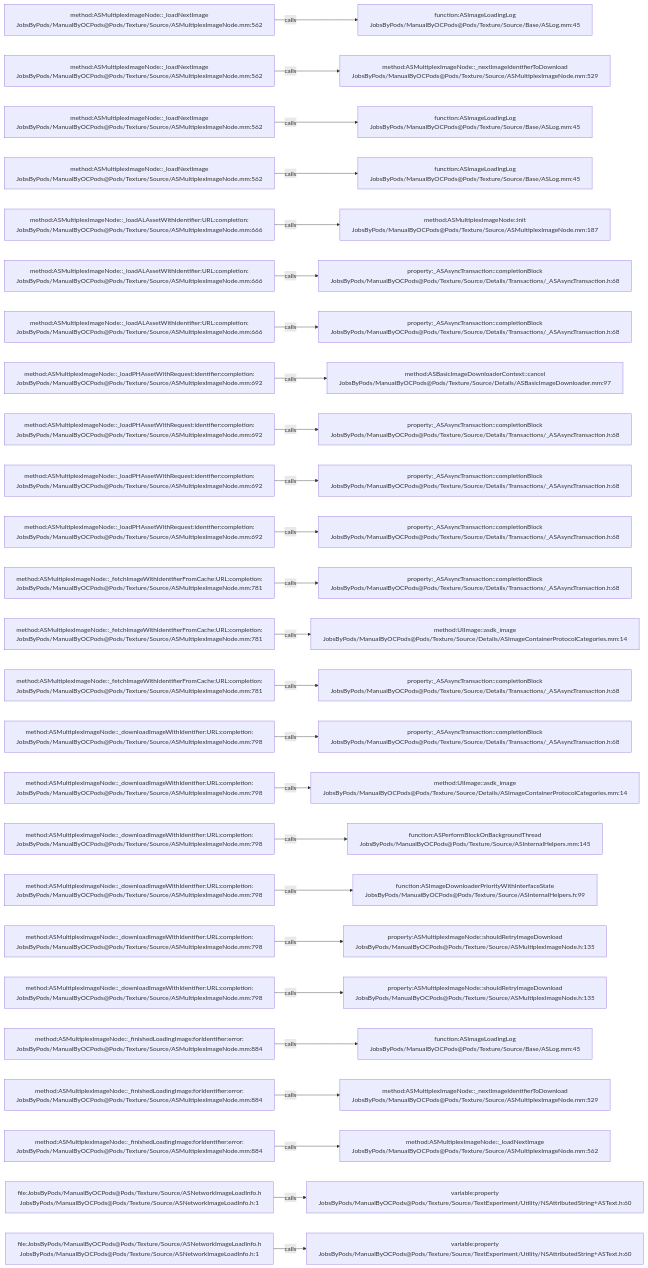
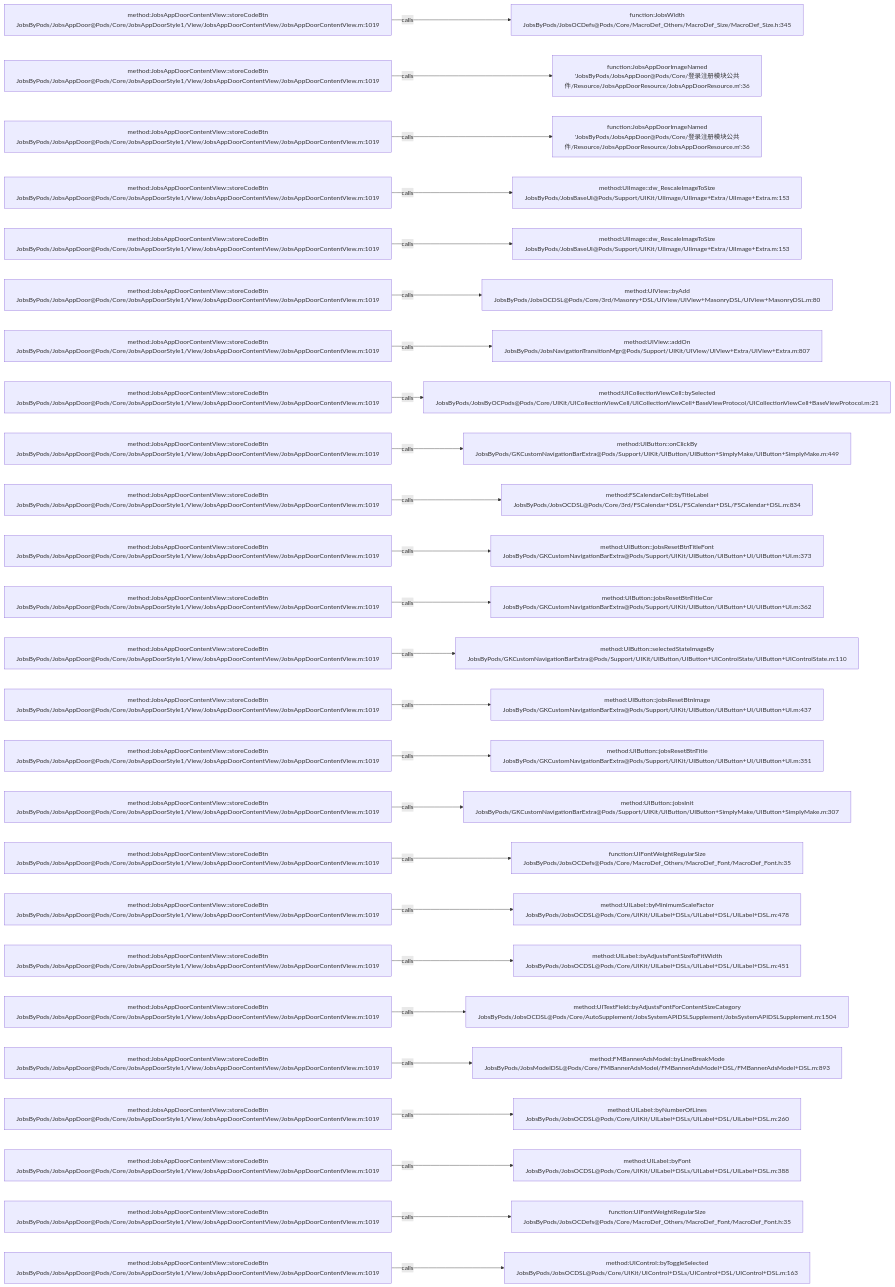
One commit to JobsKits/JobsOCBaseConfigDemo changed the diagram in .codegraph/codegraph.md/graphs/calls-101.md. Above: the diagram before and after it, drawn with Mermaid. The commit also changed 768 other files, not shown here.

````diff
--- a/.codegraph/codegraph.md/graphs/calls-101.md
+++ b/.codegraph/codegraph.md/graphs/calls-101.md
@@ -13,78 +13,78 @@
 ```mermaid
 flowchart LR
-  S1["method:ASMultiplexImageNode::_loadNextImage<br/>JobsByPods/ManualByOCPods@Pods/Texture/Source/ASMultiplexImageNode.mm:562"]
-  T1["function:ASImageLoadingLog<br/>JobsByPods/ManualByOCPods@Pods/Texture/Source/Base/ASLog.mm:45"]
+  S1["method:JobsAppDoorContentView::storeCodeBtn<br/>JobsByPods/JobsAppDoor@Pods/Core/JobsAppDoorStyle1/View/JobsAppDoorContentView/JobsAppDoorContentView.m:1019"]
+  T1["function:JobsWidth<br/>JobsByPods/JobsOCDefs@Pods/Core/MacroDef_Others/MacroDef_Size/MacroDef_Size.h:345"]
   S1 -->|calls| T1
-  S2["method:ASMultiplexImageNode::_loadNextImage<br/>JobsByPods/ManualByOCPods@Pods/Texture/Source/ASMultiplexImageNode.mm:562"]
-  T2["method:ASMultiplexImageNode::_nextImageIdentifierToDownload<br/>JobsByPods/ManualByOCPods@Pods/Texture/Source/ASMultiplexImageNode.mm:529"]
+  S2["method:JobsAppDoorContentView::storeCodeBtn<br/>JobsByPods/JobsAppDoor@Pods/Core/JobsAppDoorStyle1/View/JobsAppDoorContentView/JobsAppDoorContentView.m:1019"]
+  T2["function:JobsAppDoorImageNamed<br/>'JobsByPods/JobsAppDoor@Pods/Core/登录注册模块公共件/Resource/JobsAppDoorResource/JobsAppDoorResource.m':36"]
   S2 -->|calls| T2
-  S3["method:ASMultiplexImageNode::_loadNextImage<br/>JobsByPods/ManualByOCPods@Pods/Texture/Source/ASMultiplexImageNode.mm:562"]
-  T3["function:ASImageLoadingLog<br/>JobsByPods/ManualByOCPods@Pods/Texture/Source/Base/ASLog.mm:45"]
+  S3["method:JobsAppDoorContentView::storeCodeBtn<br/>JobsByPods/JobsAppDoor@Pods/Core/JobsAppDoorStyle1/View/JobsAppDoorContentView/JobsAppDoorContentView.m:1019"]
+  T3["function:JobsAppDoorImageNamed<br/>'JobsByPods/JobsAppDoor@Pods/Core/登录注册模块公共件/Resource/JobsAppDoorResource/JobsAppDoorResource.m':36"]
   S3 -->|calls| T3
-  S4["method:ASMultiplexImageNode::_loadNextImage<br/>JobsByPods/ManualByOCPods@Pods/Texture/Source/ASMultiplexImageNode.mm:562"]
-  T4["function:ASImageLoadingLog<br/>JobsByPods/ManualByOCPods@Pods/Texture/Source/Base/ASLog.mm:45"]
+  S4["method:JobsAppDoorContentView::storeCodeBtn<br/>JobsByPods/JobsAppDoor@Pods/Core/JobsAppDoorStyle1/View/JobsAppDoorContentView/JobsAppDoorContentView.m:1019"]
+  T4["method:UIImage::dw_RescaleImageToSize<br/>JobsByPods/JobsBaseUI@Pods/Support/UIKit/UIImage/UIImage+Extra/UIImage+Extra.m:153"]
   S4 -->|calls| T4
-  S5["method:ASMultiplexImageNode::_loadALAssetWithIdentifier:URL:completion:<br/>JobsByPods/ManualByOCPods@Pods/Texture/Source/ASMultiplexImageNode.mm:666"]
-  T5["method:ASMultiplexImageNode::init<br/>JobsByPods/ManualByOCPods@Pods/Texture/Source/ASMultiplexImageNode.mm:187"]
+  S5["method:JobsAppDoorContentView::storeCodeBtn<br/>JobsByPods/JobsAppDoor@Pods/Core/JobsAppDoorStyle1/View/JobsAppDoorContentView/JobsAppDoorContentView.m:1019"]
+  T5["method:UIImage::dw_RescaleImageToSize<br/>JobsByPods/JobsBaseUI@Pods/Support/UIKit/UIImage/UIImage+Extra/UIImage+Extra.m:153"]
   S5 -->|calls| T5
-  S6["method:ASMultiplexImageNode::_loadALAssetWithIdentifier:URL:completion:<br/>JobsByPods/ManualByOCPods@Pods/Texture/Source/ASMultiplexImageNode.mm:666"]
-  T6["property:_ASAsyncTransaction::completionBlock<br/>JobsByPods/ManualByOCPods@Pods/Texture/Source/Details/Transactions/_ASAsyncTransaction.h:68"]
+  S6["method:JobsAppDoorContentView::storeCodeBtn<br/>JobsByPods/JobsAppDoor@Pods/Core/JobsAppDoorStyle1/View/JobsAppDoorContentView/JobsAppDoorContentView.m:1019"]
+  T6["method:UIView::byAdd<br/>JobsByPods/JobsOCDSL@Pods/Core/3rd/Masonry+DSL/UIView/UIView+MasonryDSL/UIView+MasonryDSL.m:80"]
   S6 -->|calls| T6
-  S7["method:ASMultiplexImageNode::_loadALAssetWithIdentifier:URL:completion:<br/>JobsByPods/ManualByOCPods@Pods/Texture/Source/ASMultiplexImageNode.mm:666"]
-  T7["property:_ASAsyncTransaction::completionBlock<br/>JobsByPods/ManualByOCPods@Pods/Texture/Source/Details/Transactions/_ASAsyncTransaction.h:68"]
+  S7["method:JobsAppDoorContentView::storeCodeBtn<br/>JobsByPods/JobsAppDoor@Pods/Core/JobsAppDoorStyle1/View/JobsAppDoorContentView/JobsAppDoorContentView.m:1019"]
+  T7["method:UIView::addOn<br/>JobsByPods/JobsNavigationTransitionMgr@Pods/Support/UIKit/UIView/UIView+Extra/UIView+Extra.m:807"]
   S7 -->|calls| T7
-  S8["method:ASMultiplexImageNode::_loadPHAssetWithRequest:identifier:completion:<br/>JobsByPods/ManualByOCPods@Pods/Texture/Source/ASMultiplexImageNode.mm:692"]
-  T8["method:ASBasicImageDownloaderContext::cancel<br/>JobsByPods/ManualByOCPods@Pods/Texture/Source/Details/ASBasicImageDownloader.mm:97"]
+  S8["method:JobsAppDoorContentView::storeCodeBtn<br/>JobsByPods/JobsAppDoor@Pods/Core/JobsAppDoorStyle1/View/JobsAppDoorContentView/JobsAppDoorContentView.m:1019"]
+  T8["method:UICollectionViewCell::bySelected<br/>JobsByPods/JobsByOCPods@Pods/Core/UIKit/UICollectionViewCell/UICollectionViewCell+BaseViewProtocol/UICollectionViewCell+BaseViewProtocol.m:21"]
   S8 -->|calls| T8
-  S9["method:ASMultiplexImageNode::_loadPHAssetWithRequest:identifier:completion:<br/>JobsByPods/ManualByOCPods@Pods/Texture/Source/ASMultiplexImageNode.mm:692"]
-  T9["property:_ASAsyncTransaction::completionBlock<br/>JobsByPods/ManualByOCPods@Pods/Texture/Source/Details/Transactions/_ASAsyncTransaction.h:68"]
+  S9["method:JobsAppDoorContentView::storeCodeBtn<br/>JobsByPods/JobsAppDoor@Pods/Core/JobsAppDoorStyle1/View/JobsAppDoorContentView/JobsAppDoorContentView.m:1019"]
+  T9["method:UIButton::onClickBy<br/>JobsByPods/GKCustomNavigationBarExtra@Pods/Support/UIKit/UIButton/UIButton+SimplyMake/UIButton+SimplyMake.m:449"]
   S9 -->|calls| T9
-  S10["method:ASMultiplexImageNode::_loadPHAssetWithRequest:identifier:completion:<br/>JobsByPods/ManualByOCPods@Pods/Texture/Source/ASMultiplexImageNode.mm:692"]
-  T10["property:_ASAsyncTransaction::completionBlock<br/>JobsByPods/ManualByOCPods@Pods/Texture/Source/Details/Transactions/_ASAsyncTransaction.h:68"]
+  S10["method:JobsAppDoorContentView::storeCodeBtn<br/>JobsByPods/JobsAppDoor@Pods/Core/JobsAppDoorStyle1/View/JobsAppDoorContentView/JobsAppDoorContentView.m:1019"]
+  T10["method:FSCalendarCell::byTitleLabel<br/>JobsByPods/JobsOCDSL@Pods/Core/3rd/FSCalendar+DSL/FSCalendar+DSL/FSCalendar+DSL.m:834"]
   S10 -->|calls| T10
-  S11["method:ASMultiplexImageNode::_loadPHAssetWithRequest:identifier:completion:<br/>JobsByPods/ManualByOCPods@Pods/Texture/Source/ASMultiplexImageNode.mm:692"]
-  T11["property:_ASAsyncTransaction::completionBlock<br/>JobsByPods/ManualByOCPods@Pods/Texture/Source/Details/Transactions/_ASAsyncTransaction.h:68"]
+  S11["method:JobsAppDoorContentView::storeCodeBtn<br/>JobsByPods/JobsAppDoor@Pods/Core/JobsAppDoorStyle1/View/JobsAppDoorContentView/JobsAppDoorContentView.m:1019"]
+  T11["method:UIButton::jobsResetBtnTitleFont<br/>JobsByPods/GKCustomNavigationBarExtra@Pods/Support/UIKit/UIButton/UIButton+UI/UIButton+UI.m:373"]
   S11 -->|calls| T11
-  S12["method:ASMultiplexImageNode::_fetchImageWithIdentifierFromCache:URL:completion:<br/>JobsByPods/ManualByOCPods@Pods/Texture/Source/ASMultiplexImageNode.mm:781"]
-  T12["property:_ASAsyncTransaction::completionBlock<br/>JobsByPods/ManualByOCPods@Pods/Texture/Source/Details/Transactions/_ASAsyncTransaction.h:68"]
+  S12["method:JobsAppDoorContentView::storeCodeBtn<br/>JobsByPods/JobsAppDoor@Pods/Core/JobsAppDoorStyle1/View/JobsAppDoorContentView/JobsAppDoorContentView.m:1019"]
+  T12["method:UIButton::jobsResetBtnTitleCor<br/>JobsByPods/GKCustomNavigationBarExtra@Pods/Support/UIKit/UIButton/UIButton+UI/UIButton+UI.m:362"]
   S12 -->|calls| T12
-  S13["method:ASMultiplexImageNode::_fetchImageWithIdentifierFromCache:URL:completion:<br/>JobsByPods/ManualByOCPods@Pods/Texture/Source/ASMultiplexImageNode.mm:781"]
-  T13["method:UIImage::asdk_image<br/>JobsByPods/ManualByOCPods@Pods/Texture/Source/Details/ASImageContainerProtocolCategories.mm:14"]
+  S13["method:JobsAppDoorContentView::storeCodeBtn<br/>JobsByPods/JobsAppDoor@Pods/Core/JobsAppDoorStyle1/View/JobsAppDoorContentView/JobsAppDoorContentView.m:1019"]
+  T13["method:UIButton::selectedStateImageBy<br/>JobsByPods/GKCustomNavigationBarExtra@Pods/Support/UIKit/UIButton/UIButton+UIControlState/UIButton+UIControlState.m:110"]
   S13 -->|calls| T13
-  S14["method:ASMultiplexImageNode::_fetchImageWithIdentifierFromCache:URL:completion:<br/>JobsByPods/ManualByOCPods@Pods/Texture/Source/ASMultiplexImageNode.mm:781"]
-  T14["property:_ASAsyncTransaction::completionBlock<br/>JobsByPods/ManualByOCPods@Pods/Texture/Source/Details/Transactions/_ASAsyncTransaction.h:68"]
+  S14["method:JobsAppDoorContentView::storeCodeBtn<br/>JobsByPods/JobsAppDoor@Pods/Core/JobsAppDoorStyle1/View/JobsAppDoorContentView/JobsAppDoorContentView.m:1019"]
+  T14["method:UIButton::jobsResetBtnImage<br/>JobsByPods/GKCustomNavigationBarExtra@Pods/Support/UIKit/UIButton/UIButton+UI/UIButton+UI.m:437"]
   S14 -->|calls| T14
-  S15["method:ASMultiplexImageNode::_downloadImageWithIdentifier:URL:completion:<br/>JobsByPods/ManualByOCPods@Pods/Texture/Source/ASMultiplexImageNode.mm:798"]
-  T15["property:_ASAsyncTransaction::completionBlock<br/>JobsByPods/ManualByOCPods@Pods/Texture/Source/Details/Transactions/_ASAsyncTransaction.h:68"]
+  S15["method:JobsAppDoorContentView::storeCodeBtn<br/>JobsByPods/JobsAppDoor@Pods/Core/JobsAppDoorStyle1/View/JobsAppDoorContentView/JobsAppDoorContentView.m:1019"]
+  T15["method:UIButton::jobsResetBtnTitle<br/>JobsByPods/GKCustomNavigationBarExtra@Pods/Support/UIKit/UIButton/UIButton+UI/UIButton+UI.m:351"]
   S15 -->|calls| T15
-  S16["method:ASMultiplexImageNode::_downloadImageWithIdentifier:URL:completion:<br/>JobsByPods/ManualByOCPods@Pods/Texture/Source/ASMultiplexImageNode.mm:798"]
-  T16["method:UIImage::asdk_image<br/>JobsByPods/ManualByOCPods@Pods/Texture/Source/Details/ASImageContainerProtocolCategories.mm:14"]
+  S16["method:JobsAppDoorContentView::storeCodeBtn<br/>JobsByPods/JobsAppDoor@Pods/Core/JobsAppDoorStyle1/View/JobsAppDoorContentView/JobsAppDoorContentView.m:1019"]
+  T16["method:UIButton::jobsInit<br/>JobsByPods/GKCustomNavigationBarExtra@Pods/Support/UIKit/UIButton/UIButton+SimplyMake/UIButton+SimplyMake.m:307"]
   S16 -->|calls| T16
-  S17["method:ASMultiplexImageNode::_downloadImageWithIdentifier:URL:completion:<br/>JobsByPods/ManualByOCPods@Pods/Texture/Source/ASMultiplexImageNode.mm:798"]
-  T17["function:ASPerformBlockOnBackgroundThread<br/>JobsByPods/ManualByOCPods@Pods/Texture/Source/ASInternalHelpers.mm:145"]
+  S17["method:JobsAppDoorContentView::storeCodeBtn<br/>JobsByPods/JobsAppDoor@Pods/Core/JobsAppDoorStyle1/View/JobsAppDoorContentView/JobsAppDoorContentView.m:1019"]
+  T17["function:UIFontWeightRegularSize<br/>JobsByPods/JobsOCDefs@Pods/Core/MacroDef_Others/MacroDef_Font/MacroDef_Font.h:35"]
   S17 -->|calls| T17
-  S18["method:ASMultiplexImageNode::_downloadImageWithIdentifier:URL:completion:<br/>JobsByPods/ManualByOCPods@Pods/Texture/Source/ASMultiplexImageNode.mm:798"]
-  T18["function:ASImageDownloaderPriorityWithInterfaceState<br/>JobsByPods/ManualByOCPods@Pods/Texture/Source/ASInternalHelpers.h:99"]
+  S18["method:JobsAppDoorContentView::storeCodeBtn<br/>JobsByPods/JobsAppDoor@Pods/Core/JobsAppDoorStyle1/View/JobsAppDoorContentView/JobsAppDoorContentView.m:1019"]
+  T18["method:UILabel::byMinimumScaleFactor<br/>JobsByPods/JobsOCDSL@Pods/Core/UIKit/UILabel+DSLs/UILabel+DSL/UILabel+DSL.m:478"]
   S18 -->|calls| T18
-  S19["method:ASMultiplexImageNode::_downloadImageWithIdentifier:URL:completion:<br/>JobsByPods/ManualByOCPods@Pods/Texture/Source/ASMultiplexImageNode.mm:798"]
-  T19["property:ASMultiplexImageNode::shouldRetryImageDownload<br/>JobsByPods/ManualByOCPods@Pods/Texture/Source/ASMultiplexImageNode.h:135"]
+  S19["method:JobsAppDoorContentView::storeCodeBtn<br/>JobsByPods/JobsAppDoor@Pods/Core/JobsAppDoorStyle1/View/JobsAppDoorContentView/JobsAppDoorContentView.m:1019"]
+  T19["method:UILabel::byAdjustsFontSizeToFitWidth<br/>JobsByPods/JobsOCDSL@Pods/Core/UIKit/UILabel+DSLs/UILabel+DSL/UILabel+DSL.m:451"]
   S19 -->|calls| T19
-  S20["method:ASMultiplexImageNode::_downloadImageWithIdentifier:URL:completion:<br/>JobsByPods/ManualByOCPods@Pods/Texture/Source/ASMultiplexImageNode.mm:798"]
-  T20["property:ASMultiplexImageNode::shouldRetryImageDownload<br/>JobsByPods/ManualByOCPods@Pods/Texture/Source/ASMultiplexImageNode.h:135"]
+  S20["method:JobsAppDoorContentView::storeCodeBtn<br/>JobsByPods/JobsAppDoor@Pods/Core/JobsAppDoorStyle1/View/JobsAppDoorContentView/JobsAppDoorContentView.m:1019"]
+  T20["method:UITextField::byAdjustsFontForContentSizeCategory<br/>JobsByPods/JobsOCDSL@Pods/Core/AutoSupplement/JobsSystemAPIDSLSupplement/JobsSystemAPIDSLSupplement.m:1504"]
   S20 -->|calls| T20
-  S21["method:ASMultiplexImageNode::_finishedLoadingImage:forIdentifier:error:<br/>JobsByPods/ManualByOCPods@Pods/Texture/Source/ASMultiplexImageNode.mm:884"]
-  T21["function:ASImageLoadingLog<br/>JobsByPods/ManualByOCPods@Pods/Texture/Source/Base/ASLog.mm:45"]
+  S21["method:JobsAppDoorContentView::storeCodeBtn<br/>JobsByPods/JobsAppDoor@Pods/Core/JobsAppDoorStyle1/View/JobsAppDoorContentView/JobsAppDoorContentView.m:1019"]
+  T21["method:FMBannerAdsModel::byLineBreakMode<br/>JobsByPods/JobsModelDSL@Pods/Core/FMBannerAdsModel/FMBannerAdsModel+DSL/FMBannerAdsModel+DSL.m:893"]
   S21 -->|calls| T21
-  S22["method:ASMultiplexImageNode::_finishedLoadingImage:forIdentifier:error:<br/>JobsByPods/ManualByOCPods@Pods/Texture/Source/ASMultiplexImageNode.mm:884"]
-  T22["method:ASMultiplexImageNode::_nextImageIdentifierToDownload<br/>JobsByPods/ManualByOCPods@Pods/Texture/Source/ASMultiplexImageNode.mm:529"]
+  S22["method:JobsAppDoorContentView::storeCodeBtn<br/>JobsByPods/JobsAppDoor@Pods/Core/JobsAppDoorStyle1/View/JobsAppDoorContentView/JobsAppDoorContentView.m:1019"]
+  T22["method:UILabel::byNumberOfLines<br/>JobsByPods/JobsOCDSL@Pods/Core/UIKit/UILabel+DSLs/UILabel+DSL/UILabel+DSL.m:260"]
   S22 -->|calls| T22
-  S23["method:ASMultiplexImageNode::_finishedLoadingImage:forIdentifier:error:<br/>JobsByPods/ManualByOCPods@Pods/Texture/Source/ASMultiplexImageNode.mm:884"]
-  T23["method:ASMultiplexImageNode::_loadNextImage<br/>JobsByPods/ManualByOCPods@Pods/Texture/Source/ASMultiplexImageNode.mm:562"]
+  S23["method:JobsAppDoorContentView::storeCodeBtn<br/>JobsByPods/JobsAppDoor@Pods/Core/JobsAppDoorStyle1/View/JobsAppDoorContentView/JobsAppDoorContentView.m:1019"]
+  T23["method:UILabel::byFont<br/>JobsByPods/JobsOCDSL@Pods/Core/UIKit/UILabel+DSLs/UILabel+DSL/UILabel+DSL.m:388"]
   S23 -->|calls| T23
-  S24["file:JobsByPods/ManualByOCPods@Pods/Texture/Source/ASNetworkImageLoadInfo.h<br/>JobsByPods/ManualByOCPods@Pods/Texture/Source/ASNetworkImageLoadInfo.h:1"]
-  T24["variable:property<br/>JobsByPods/ManualByOCPods@Pods/Texture/Source/TextExperiment/Utility/NSAttributedString+ASText.h:60"]
+  S24["method:JobsAppDoorContentView::storeCodeBtn<br/>JobsByPods/JobsAppDoor@Pods/Core/JobsAppDoorStyle1/View/JobsAppDoorContentView/JobsAppDoorContentView.m:1019"]
+  T24["function:UIFontWeightRegularSize<br/>JobsByPods/JobsOCDefs@Pods/Core/MacroDef_Others/MacroDef_Font/MacroDef_Font.h:35"]
   S24 -->|calls| T24
-  S25["file:JobsByPods/ManualByOCPods@Pods/Texture/Source/ASNetworkImageLoadInfo.h<br/>JobsByPods/ManualByOCPods@Pods/Texture/Source/ASNetworkImageLoadInfo.h:1"]
-  T25["variable:property<br/>JobsByPods/ManualByOCPods@Pods/Texture/Source/TextExperiment/Utility/NSAttributedString+ASText.h:60"]
+  S25["method:JobsAppDoorContentView::storeCodeBtn<br/>JobsByPods/JobsAppDoor@Pods/Core/JobsAppDoorStyle1/View/JobsAppDoorContentView/JobsAppDoorContentView.m:1019"]
+  T25["method:UIControl::byToggleSelected<br/>JobsByPods/JobsOCDSL@Pods/Core/UIKit/UIControl+DSLs/UIControl+DSL/UIControl+DSL.m:163"]
   S25 -->|calls| T25
 ```
````
